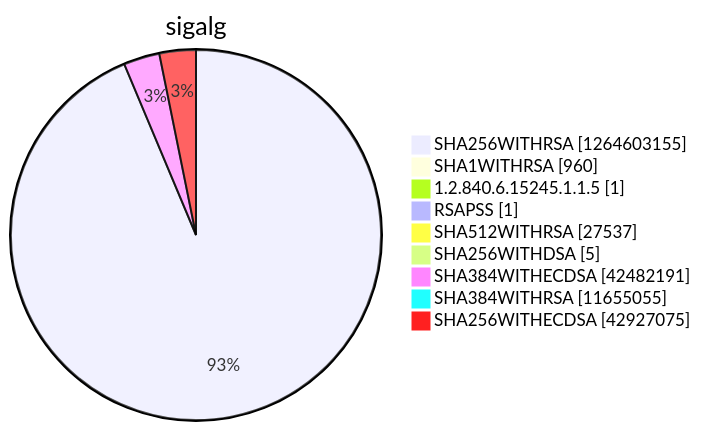
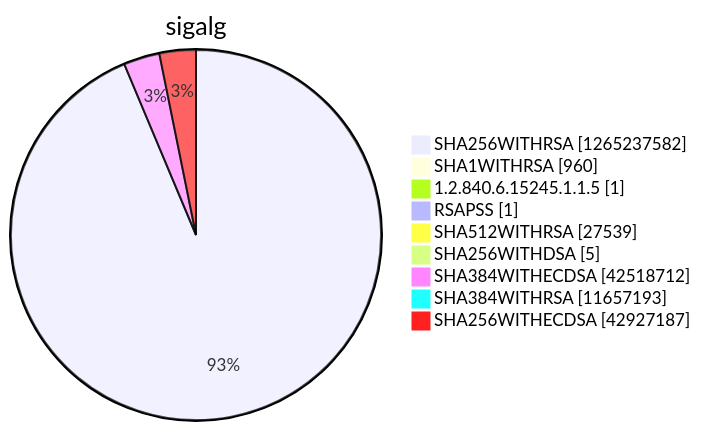
One commit to christiankrug/ctmonitor_visualization changed diagram 15 of 15 in argon2022/README.md. Above: the diagram before and after it, drawn with Mermaid. The commit also changed other lines of this file, not shown here.

````diff
--- a/argon2022/README.md
+++ b/argon2022/README.md
@@ -5522,13 +5522,13 @@
 ```mermaid
 pie showData
 title sigalg
-"SHA256WITHRSA" :1264603155
+"SHA256WITHRSA" :1265237582
 "SHA1WITHRSA" :960
 "1.2.840.6.15245.1.1.5" :1
 "RSAPSS" :1
-"SHA512WITHRSA" :27537
+"SHA512WITHRSA" :27539
 "SHA256WITHDSA" :5
-"SHA384WITHECDSA" :42482191
-"SHA384WITHRSA" :11655055
-"SHA256WITHECDSA" :42927075
+"SHA384WITHECDSA" :42518712
+"SHA384WITHRSA" :11657193
+"SHA256WITHECDSA" :42927187
 ```
````
